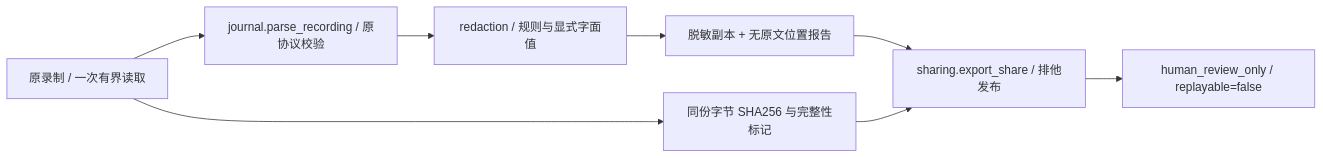
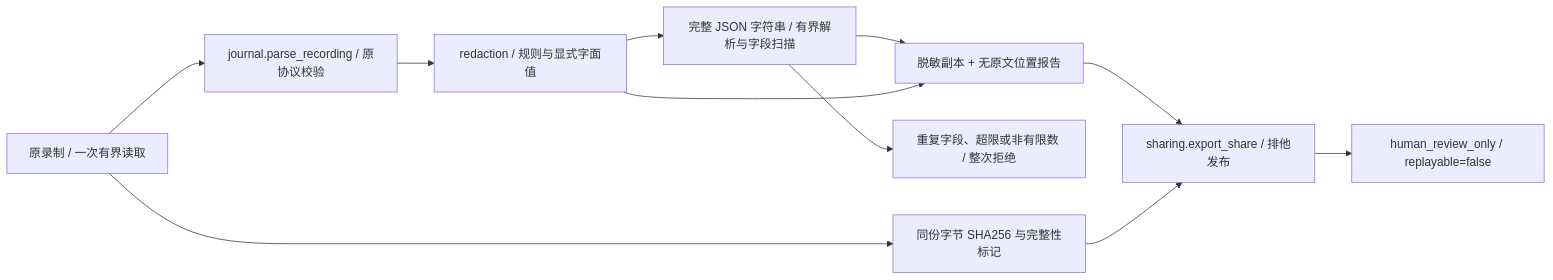
Before and after one commit to Plvltra/AdamAgent: the second of 58 diagrams in docs/architecture.md, drawn with Mermaid. The commit also changed other lines of this file and 8 other files, not shown here.

```diff
--- a/docs/architecture.md
+++ b/docs/architecture.md
@@ -27,10 +27,13 @@
 ~~~mermaid
 flowchart LR
     RS_SOURCE["原录制 / 一次有界读取"] --> RS_PARSE["journal.parse_recording / 原协议校验"]
     RS_PARSE --> RS_COLLECT["redaction / 规则与显式字面值"]
+    RS_COLLECT --> RS_NESTED["完整 JSON 字符串 / 有界解析与字段扫描"]
+    RS_NESTED --> RS_COPY
+    RS_NESTED --> RS_REJECT["重复字段、超限或非有限数 / 整次拒绝"]
     RS_COLLECT --> RS_COPY["脱敏副本 + 无原文位置报告"]
     RS_COPY --> RS_SAVE["sharing.export_share / 排他发布"]
     RS_SOURCE --> RS_HASH["同份字节 SHA256 与完整性标记"]
     RS_HASH --> RS_SAVE
     RS_SAVE --> RS_ART["human_review_only / replayable=false"]
 ~~~
```
